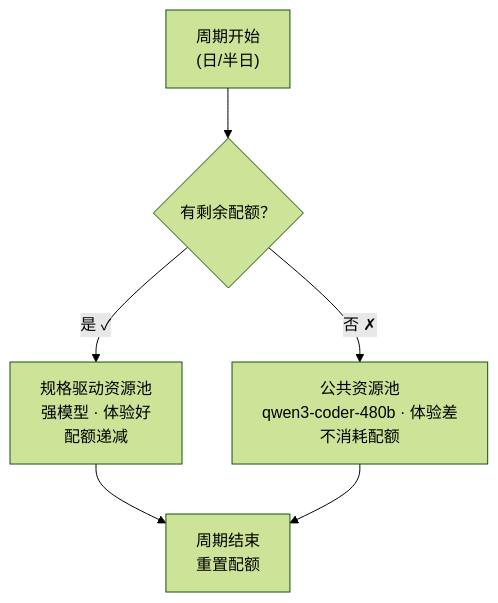
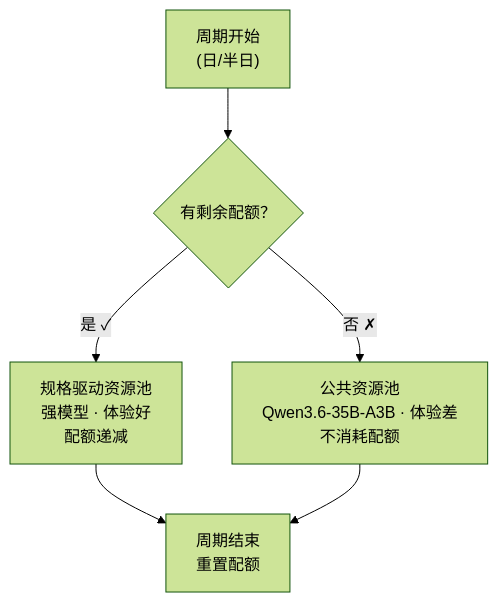
Before and after one commit to keejo125/AI_Daily_For_Bank: the second of 11 diagrams in projects/算力分配方案调研/智能研发规格驱动编程算力分配方案.md, drawn with Mermaid (forest theme). The commit also changed other lines of this file and 115 other files, not shown here.

````diff
--- a/projects/算力分配方案调研/智能研发规格驱动编程算力分配方案.md
+++ b/projects/算力分配方案调研/智能研发规格驱动编程算力分配方案.md
@@ -94,8 +86,8 @@
 ```mermaid
 graph TD
     A["周期开始<br/>(日/半日)"] --> B{"有剩余配额？"}
     B -->|"是 ✓"| C["规格驱动资源池<br/>强模型 · 体验好<br/>配额递减"]
-    B -->|"否 ✗"| D["公共资源池<br/>qwen3-coder-480b · 体验差<br/>不消耗配额"]
+    B -->|"否 ✗"| D["公共资源池<br/>Qwen3.6-35B-A3B · 体验差<br/>不消耗配额"]
     C --> E["周期结束<br/>重置配额"]
     D --> E
 ```
````
